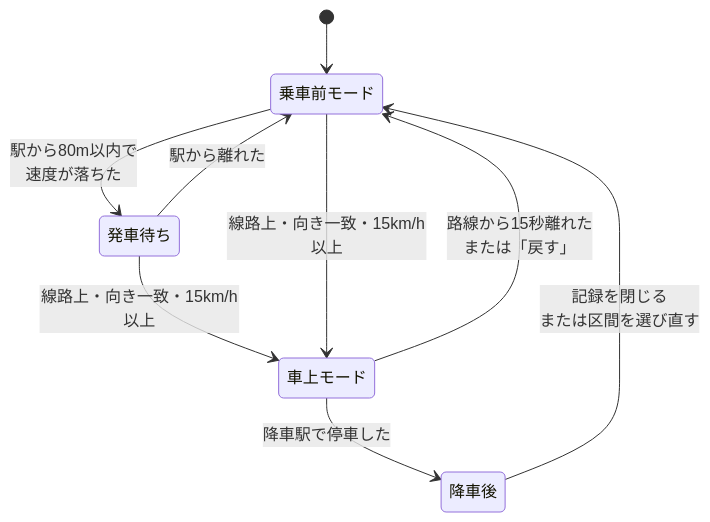
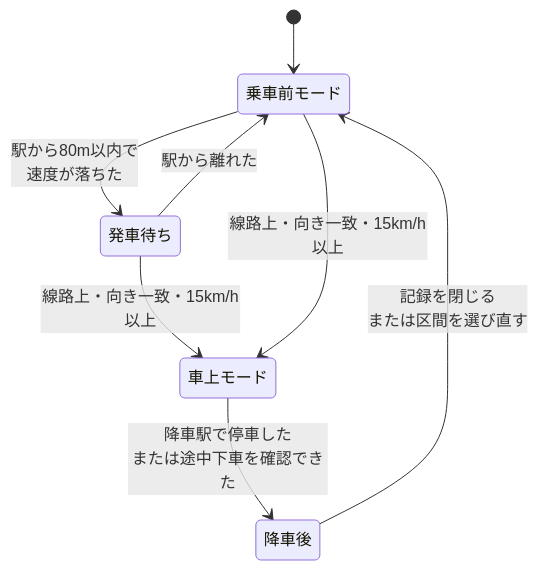
One commit to Hexran-123/2026Expo changed the first of 3 diagrams in docs/設計書.md. Above: the diagram before and after it, drawn with Mermaid. The commit also changed other lines of this file and 8 other files, not shown here.

````diff
--- a/docs/設計書.md
+++ b/docs/設計書.md
@@ -101,11 +111,10 @@
 ```mermaid
 stateDiagram-v2
     [*] --> 乗車前モード
     乗車前モード --> 発車待ち: 駅から80m以内で<br/>速度が落ちた
     発車待ち --> 乗車前モード: 駅から離れた
     発車待ち --> 車上モード: 線路上・向き一致・15km/h以上
     乗車前モード --> 車上モード: 線路上・向き一致・15km/h以上
-    車上モード --> 乗車前モード: 路線から15秒離れた<br/>または「戻す」
-    車上モード --> 降車後: 降車駅で停車した
+    車上モード --> 降車後: 降車駅で停車した<br/>または途中下車を確認できた
     降車後 --> 乗車前モード: 記録を閉じる<br/>または区間を選び直す
 ```
````
